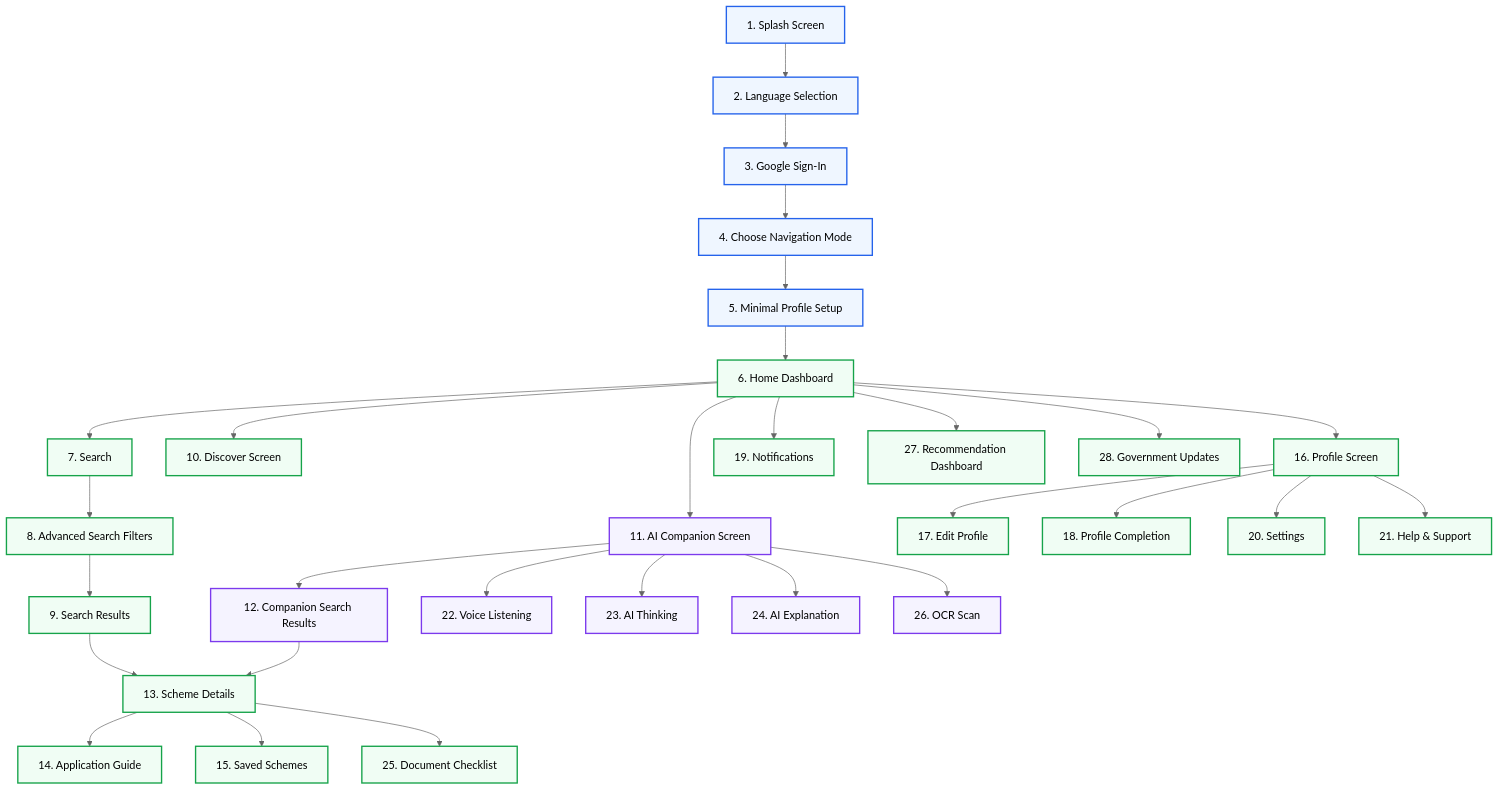
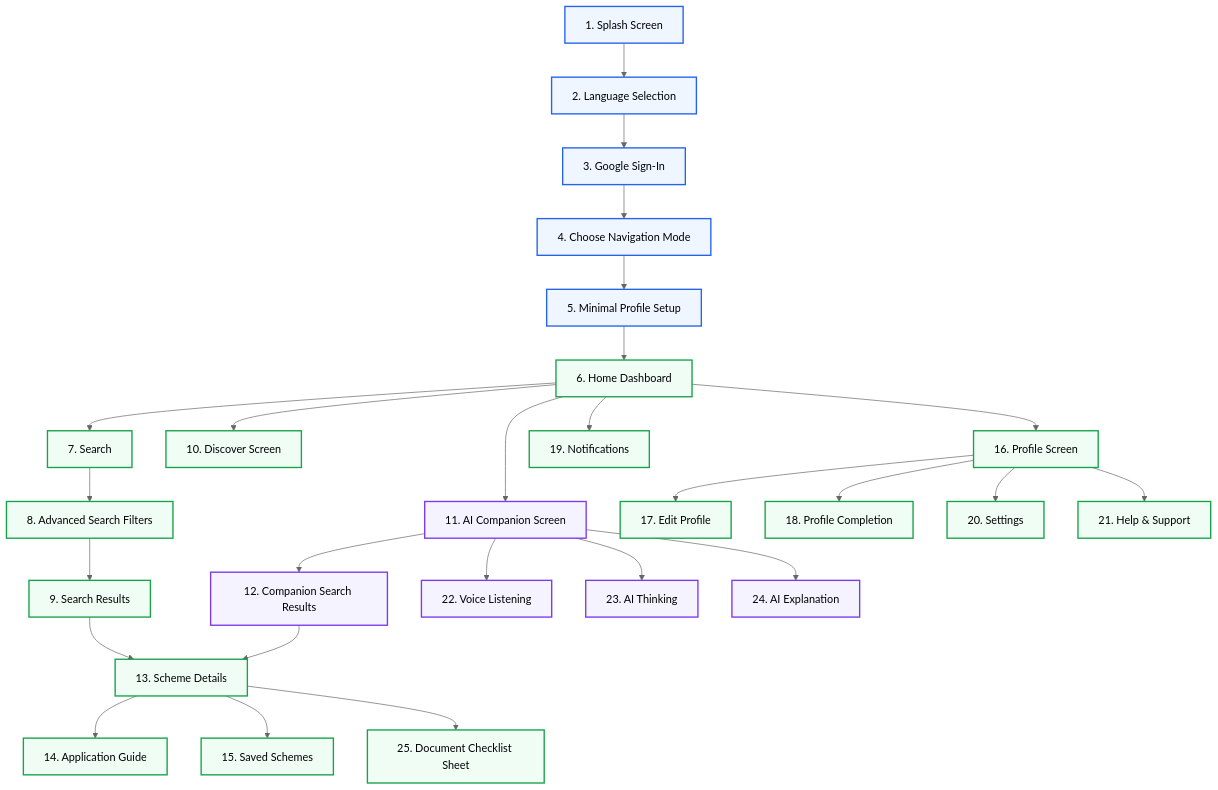
One commit to repomssapp-tech/mss-stable changed the diagram in docs/UX.md. Above: the diagram before and after it, drawn with Mermaid (neutral theme). The commit also changed other lines of this file and 59 other files, not shown here.

Commit message:
chore: flatten docs structure to 1 level, remove wrong files, and reconcile architecture docs

````diff
--- a/docs/UX.md
+++ b/docs/UX.md
@@ -11,53 +11,49 @@
 ```mermaid
 graph TD
     %% Onboarding Flow
     Splash["1. Splash Screen"] --> Lang["2. Language Selection"]
     Lang --> Signin["3. Google Sign-In"]
     Signin --> NavMode["4. Choose Navigation Mode"]
     NavMode --> ProfileSetup["5. Minimal Profile Setup"]
     
     %% Main Navigation Options
     ProfileSetup --> Home["6. Home Dashboard"]
     
     %% Home Connections
     Home --> Search["7. Search"]
     Search --> AdvFilter["8. Advanced Search Filters"]
     AdvFilter --> SearchRes["9. Search Results"]
     
     Home --> Discover["10. Discover Screen"]
     
     Home --> AICompanion["11. AI Companion Screen"]
     AICompanion --> AISearchRes["12. Companion Search Results"]
     AICompanion --> VoiceListen["22. Voice Listening"]
     AICompanion --> AIThinking["23. AI Thinking"]
     AICompanion --> AIExplain["24. AI Explanation"]
-    AICompanion --> OCRScan["26. OCR Scan"]
     
     SearchRes --> Details["13. Scheme Details"]
     AISearchRes --> Details
     
     Details --> AppGuide["14. Application Guide"]
     Details --> Saved["15. Saved Schemes"]
-    Details --> DocChecklist["25. Document Checklist"]
+    Details --> DocChecklist["25. Document Checklist Sheet"]
     
     %% Profile & Settings
     Home --> Profile["16. Profile Screen"]
     Profile --> EditProfile["17. Edit Profile"]
     Profile --> ProfileComp["18. Profile Completion"]
     Profile --> Settings["20. Settings"]
     Profile --> Support["21. Help & Support"]
     
     Home --> Notifications["19. Notifications"]
     
-    Home --> RecDashboard["27. Recommendation Dashboard"]
-    Home --> GovUpdates["28. Government Updates"]
-    
     %% Styles
     classDef onboarding fill:#EFF6FF,stroke:#2563EB,stroke-width:2px;
     classDef main fill:#F0FDF4,stroke:#16A34A,stroke-width:2px;
     classDef companion fill:#F5F3FF,stroke:#7C3AED,stroke-width:2px;
     
     class Splash,Lang,Signin,NavMode,ProfileSetup onboarding;
-    class Home,Search,AdvFilter,SearchRes,Discover,Details,AppGuide,Saved,Profile,EditProfile,ProfileComp,Notifications,Settings,Support,RecDashboard,GovUpdates,DocChecklist main;
-    class AICompanion,AISearchRes,VoiceListen,AIThinking,AIExplain,OCRScan companion;
+    class Home,Search,AdvFilter,SearchRes,Discover,Details,AppGuide,Saved,Profile,EditProfile,ProfileComp,Notifications,Settings,Support,DocChecklist main;
+    class AICompanion,AISearchRes,VoiceListen,AIThinking,AIExplain companion;
 ```
````
